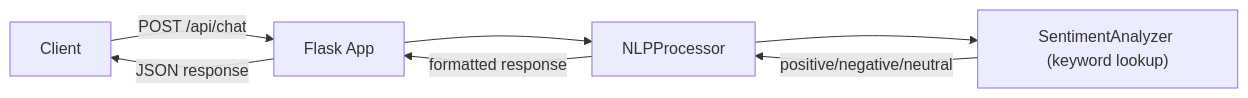
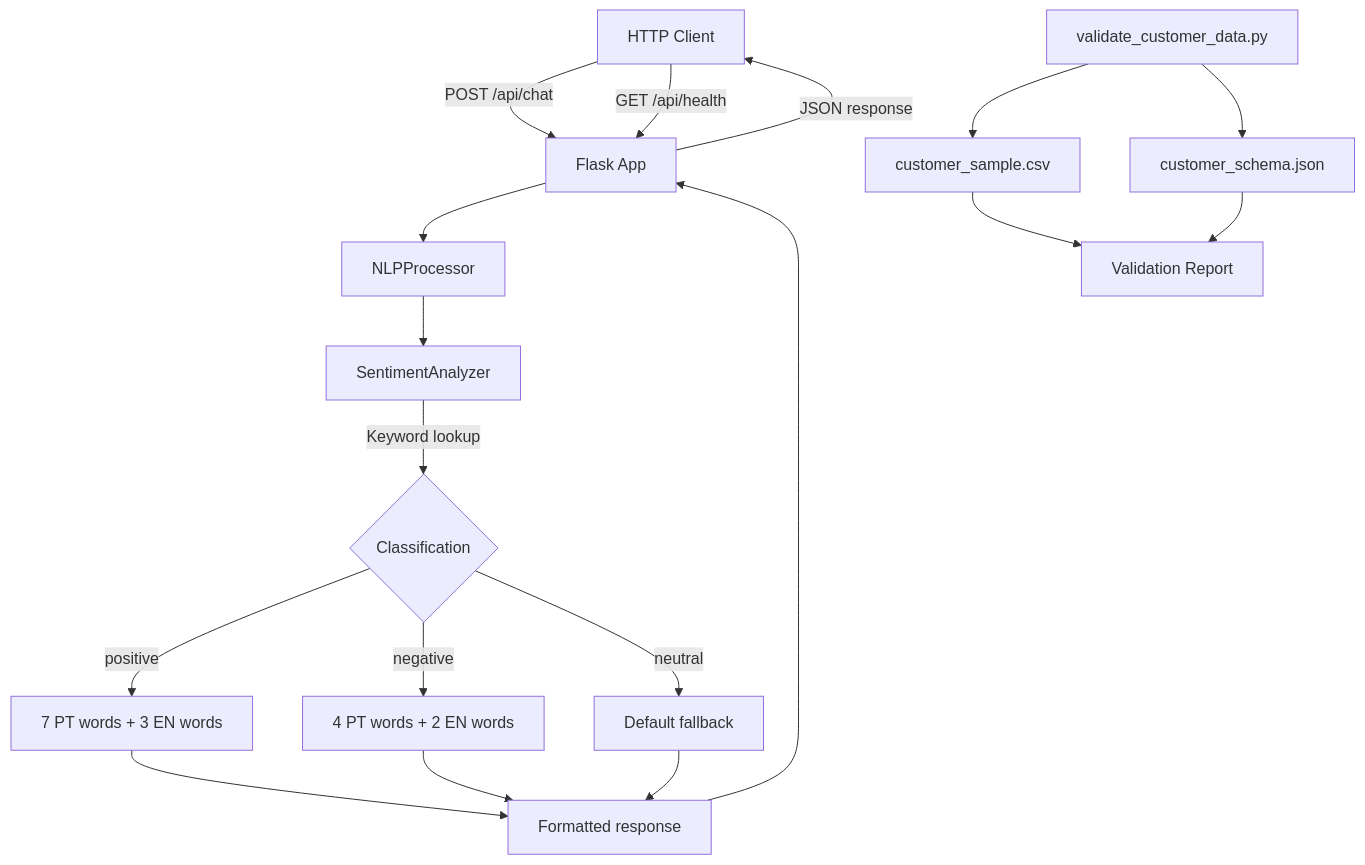
One commit to galafis/Conversational-AI-Platform changed the third of 4 diagrams in README.md. Above: the diagram before and after it, drawn with Mermaid. The commit also changed other lines of this file and 4 other files, not shown here.

````diff
--- a/README.md
+++ b/README.md
@@ -160,9 +212,21 @@
 ```mermaid
-graph LR
-    Client -->|POST /api/chat| Flask[Flask App]
-    Flask --> NLPProcessor
-    NLPProcessor --> SentimentAnalyzer["SentimentAnalyzer (keyword lookup)"]
-    SentimentAnalyzer -->|positive/negative/neutral| NLPProcessor
-    NLPProcessor -->|formatted response| Flask
-    Flask -->|JSON response| Client
+graph TD
+    A[HTTP Client] -->|POST /api/chat| B[Flask App]
+    A -->|GET /api/health| B
+    B --> C[NLPProcessor]
+    C --> D[SentimentAnalyzer]
+    D -->|Keyword lookup| E{Classification}
+    E -->|positive| F[7 PT words + 3 EN words]
+    E -->|negative| G[4 PT words + 2 EN words]
+    E -->|neutral| H[Default fallback]
+    F --> I[Formatted response]
+    G --> I
+    H --> I
+    I --> B
+    B -->|JSON response| A
+
+    J[validate_customer_data.py] --> K[customer_sample.csv]
+    J --> L[customer_schema.json]
+    K --> M[Validation Report]
+    L --> M
 ```
````
